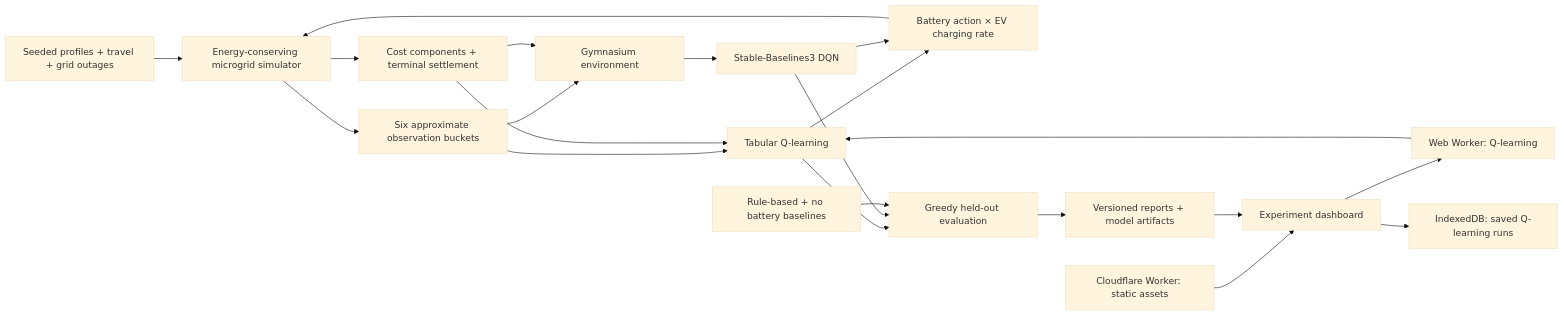
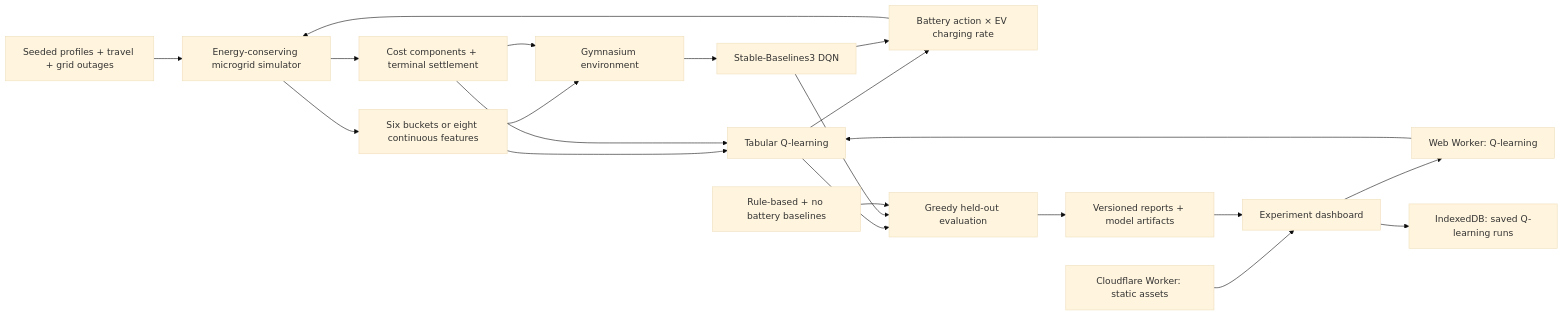
The diagram in README.md (Arshdeep54/volt-lab), drawn with Mermaid (base theme) before and after one commit. The commit also changed other lines of this file and 23 other files, not shown here.

````diff
--- a/README.md
+++ b/README.md
@@ -98,23 +111,23 @@
 ```mermaid
 flowchart LR
     Scenario[Seeded profiles + travel + grid outages] --> Physics[Energy-conserving microgrid simulator]
-    Physics --> Observation[Six approximate observation buckets]
+    Physics --> Observation[Six buckets or eight continuous features]
     Observation --> Q[Tabular Q-learning]
     Observation --> Gym[Gymnasium environment]
     Gym --> DQN[Stable-Baselines3 DQN]
     Q --> Joint[Battery action × EV charging rate]
     DQN --> Joint
     Joint --> Physics
     Physics --> Reward[Cost components + terminal settlement]
     Reward --> Q
     Reward --> Gym
     Q --> Evaluation[Greedy held-out evaluation]
     DQN --> Evaluation
     Rules[Rule-based + no battery baselines] --> Evaluation
     Evaluation --> Reports[Versioned reports + model artifacts]
     Cloudflare[Cloudflare Worker: static assets] --> Browser[Experiment dashboard]
     Reports --> Browser
     Browser --> Worker[Web Worker: Q-learning]
     Worker --> Q
     Browser --> Storage[IndexedDB: saved Q-learning runs]
 ```
````
